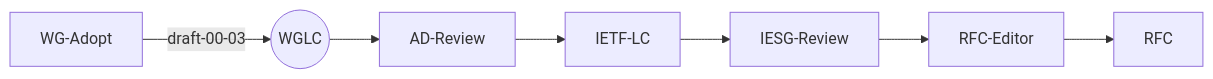
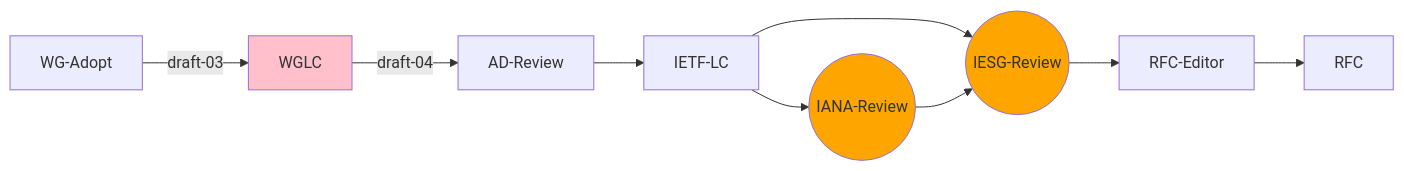
One commit to ietf-wg-httpapi/ietf-wg-httpapi.github.io changed the second of 8 diagrams in index.md. Above: the diagram before and after it, drawn with Mermaid. The commit also changed other lines of this file, not shown here.

Commit message:
Updated progress graphs for IETF 116

````diff
--- a/index.md
+++ b/index.md
@@ -35,9 +42,17 @@
 ```mermaid
 graph LR
-    WG-Adopt --draft-00-03--> WGLC((WGLC))
-    WGLC --> AD-Review
+    classDef current fill:orange
+    classDef lastIETF fill:pink
+
+    WG-Adopt --draft-03--> WGLC
+    class WGLC lastIETF
+    WGLC --draft-04--> AD-Review
     AD-Review --> IETF-LC
-    IETF-LC --> IESG-Review
+    IETF-LC --> IESG-Review((IESG-Review))
+    IETF-LC --> IANA-Review((IANA-Review))
+    IANA-Review --> IESG-Review
+    class IANA-Review current
     IESG-Review --> RFC-Editor
+    class IESG-Review current
     RFC-Editor --> RFC
 ```
````
